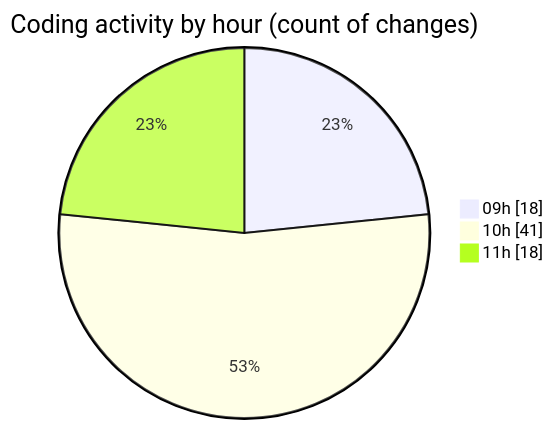
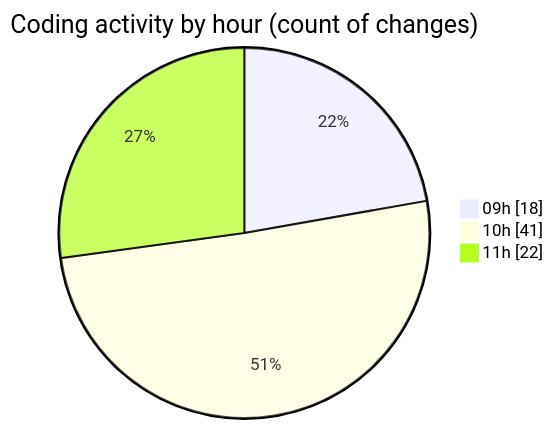
The second of 2 diagrams in 2025-02-11/cda/README.md (momahboobian/code-tracking), drawn with Mermaid before and after one commit. The commit also changed other lines of this file and 1 other file, not shown here.

````diff
--- a/2025-02-11/cda/README.md
+++ b/2025-02-11/cda/README.md
@@ -32,7 +32,7 @@
 ```mermaid
 pie showData
 title Coding activity by hour (count of changes)
 "09h" : 18
 "10h" : 41
-"11h" : 18
+"11h" : 22
 ```
````
